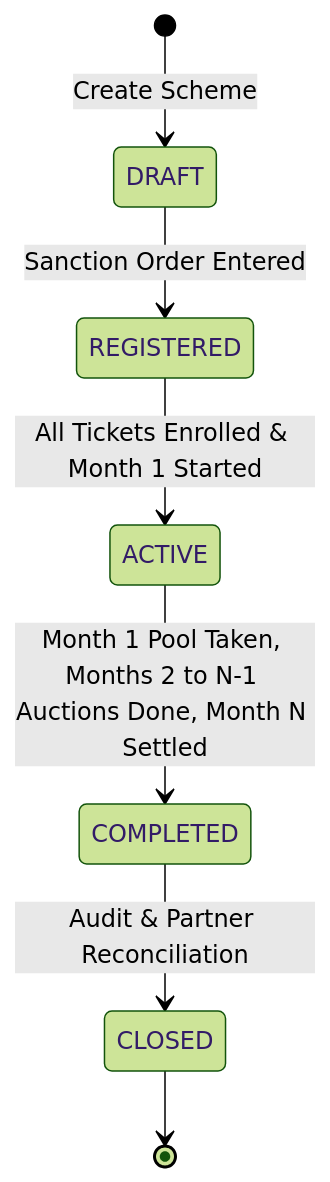
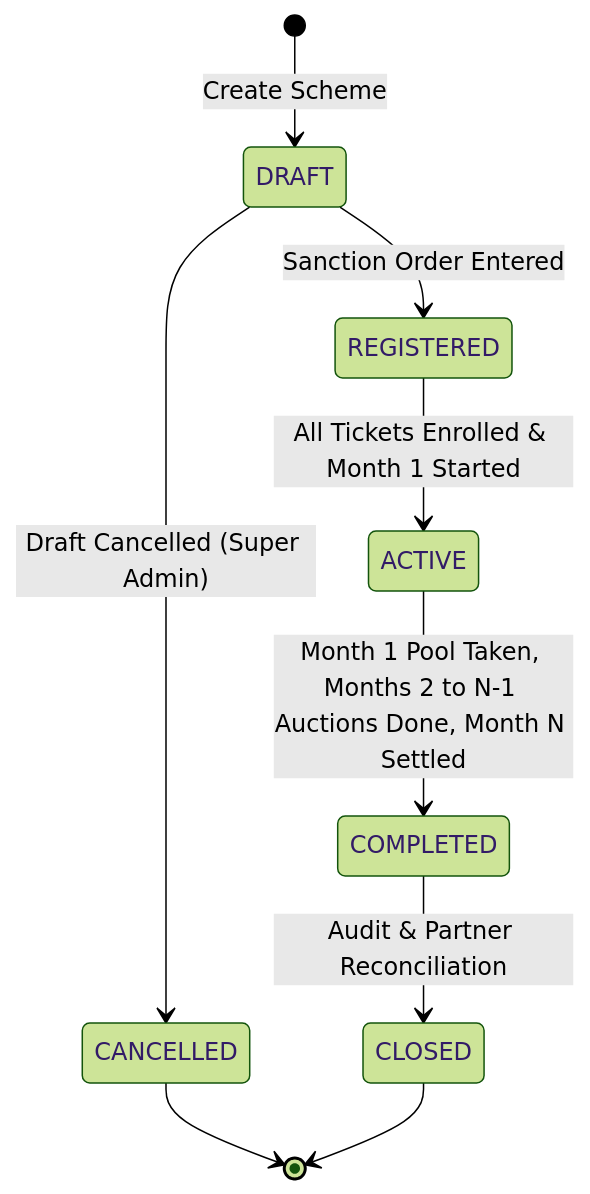
The first of 6 diagrams in docs/03-architecture/state-machines.md (Kathir-24/Kumaran-finance), drawn with Mermaid (forest theme) before and after one commit. The commit also changed other lines of this file and 4 other files, not shown here.

````diff
--- a/docs/03-architecture/state-machines.md
+++ b/docs/03-architecture/state-machines.md
@@ -11,9 +11,11 @@
 ```mermaid
 stateDiagram-v2
     [*] --> DRAFT : Create Scheme
+    DRAFT --> CANCELLED : Draft Cancelled (Super Admin)
     DRAFT --> REGISTERED : Sanction Order Entered
     REGISTERED --> ACTIVE : All Tickets Enrolled & Month 1 Started
     ACTIVE --> COMPLETED : Month 1 Pool Taken, Months 2 to N-1 Auctions Done, Month N Settled
     COMPLETED --> CLOSED : Audit & Partner Reconciliation
+    CANCELLED --> [*]
     CLOSED --> [*]
 ```
````
